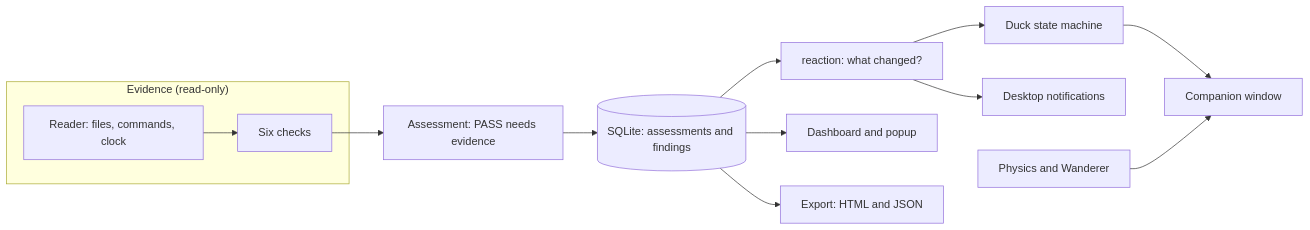
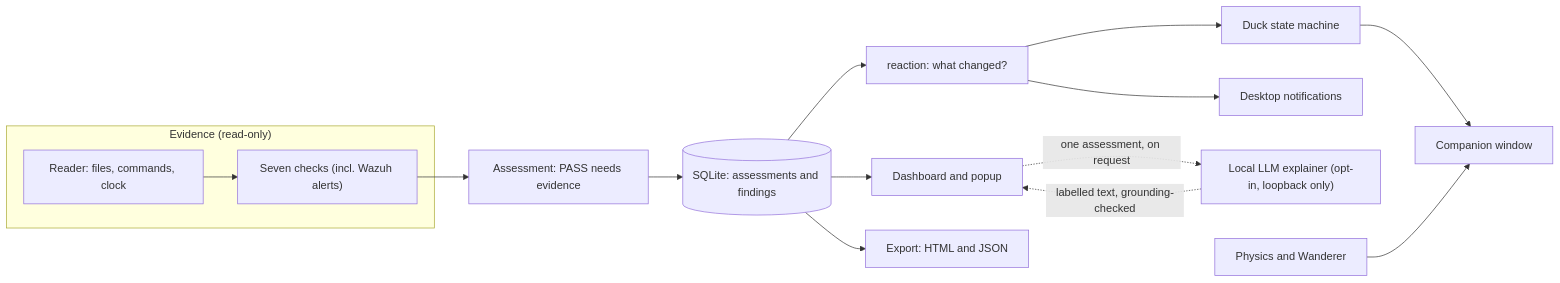
Before and after one commit to Flintstqne/sentinel-ai: the second of 2 diagrams in README.md, drawn with Mermaid. The commit also changed other lines of this file and 17 other files, not shown here.

First line of the commit message:
Add Wazuh alerts check and opt-in local AI explanations

````diff
--- a/README.md
+++ b/README.md
@@ -350,15 +351,17 @@
 ```mermaid
 flowchart LR
     subgraph Evidence["Evidence (read-only)"]
-        R["Reader: files, commands, clock"] --> C["Six checks"]
+        R["Reader: files, commands, clock"] --> C["Seven checks (incl. Wazuh alerts)"]
     end
     C --> A["Assessment: PASS needs evidence"]
     A --> S[("SQLite: assessments and findings")]
     S --> RE["reaction: what changed?"]
     RE --> M["Duck state machine"]
     RE --> N["Desktop notifications"]
     S --> UI["Dashboard and popup"]
     S --> X["Export: HTML and JSON"]
+    UI -. "one assessment, on request" .-> AI["Local LLM explainer (opt-in, loopback only)"]
+    AI -. "labelled text, grounding-checked" .-> UI
     M --> W["Companion window"]
     P["Physics and Wanderer"] --> W
 ```
````
